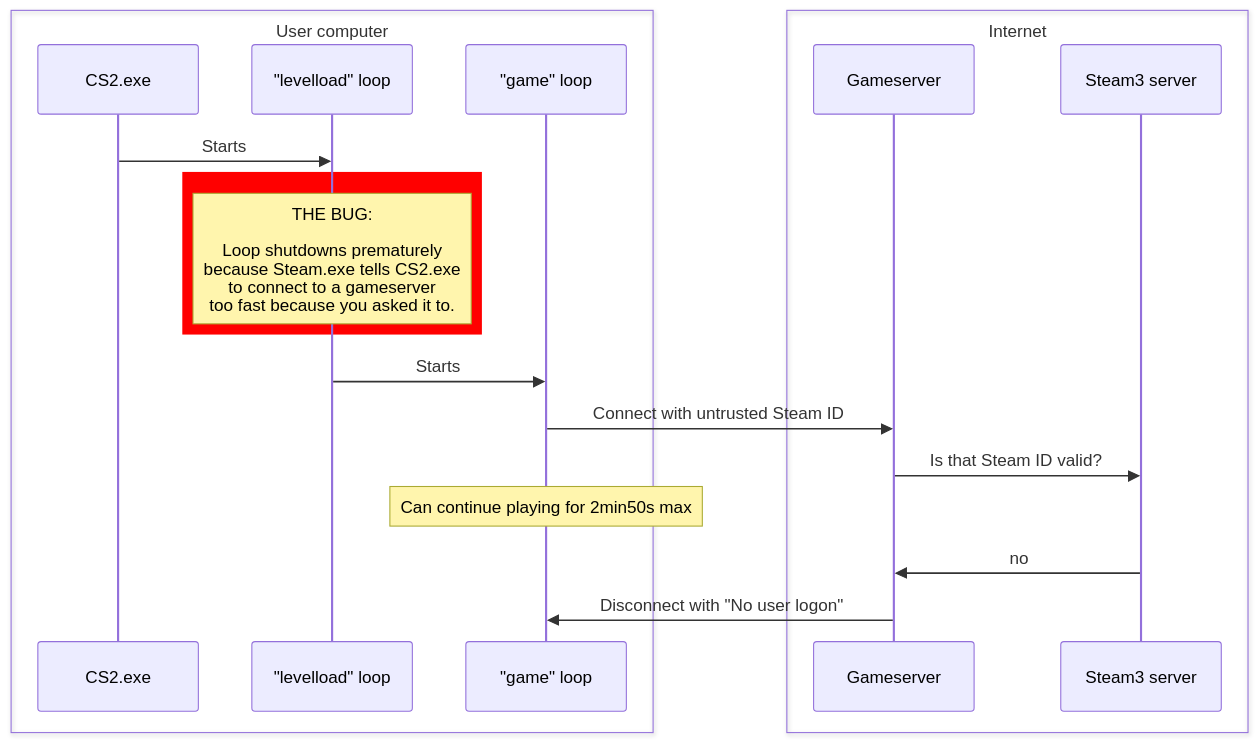
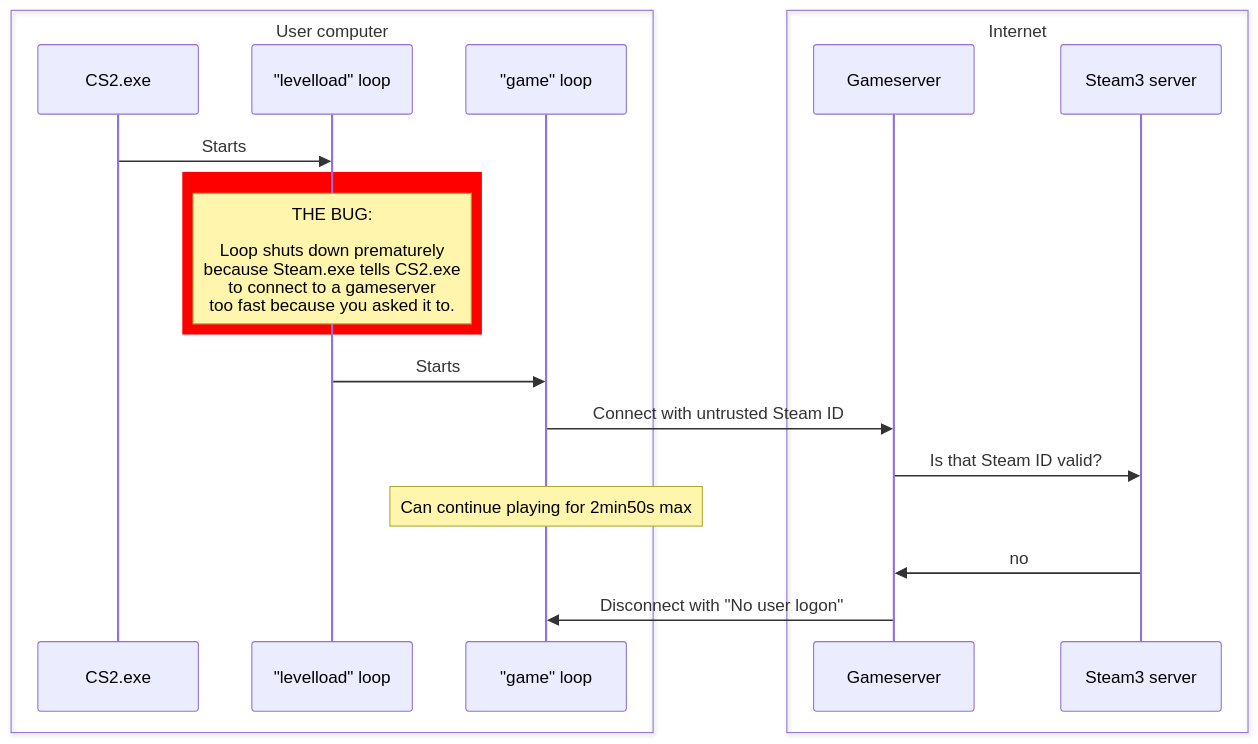
Before and after one commit to freudenjmp/blog: the eighth of 9 diagrams in _posts/2024-01-12-no-user-logon.md, drawn with Mermaid. The commit also changed other lines of this file, not shown here.

````diff
--- a/_posts/2024-01-12-no-user-logon.md
+++ b/_posts/2024-01-12-no-user-logon.md
@@ -508,22 +510,22 @@
 ```mermaid
 sequenceDiagram
   box User computer
     participant CS2.exe
     participant "levelload" loop
     participant "game" loop
   end
   box Internet
     participant Gameserver
     participant Steam3 server
   end
   CS2.exe->>"levelload" loop: Starts
   rect rgb(255, 0, 0)
-    Note over "levelload" loop: THE BUG:<br/><br/>Loop shutdowns prematurely<br/>because Steam.exe tells CS2.exe<br/>to connect to a gameserver<br/>too fast because you asked it to.
+    Note over "levelload" loop: THE BUG:<br/><br/>Loop shuts down prematurely<br/>because Steam.exe tells CS2.exe<br/>to connect to a gameserver<br/>too fast because you asked it to.
   end
   "levelload" loop->>"game" loop: Starts
   "game" loop->>Gameserver: Connect with untrusted Steam ID
   Gameserver->>Steam3 server: Is that Steam ID valid?
   Note over "game" loop: Can continue playing for 2min50s max
   Steam3 server->>Gameserver: no
   Gameserver->>"game" loop: Disconnect with "No user logon"
 ```
````
